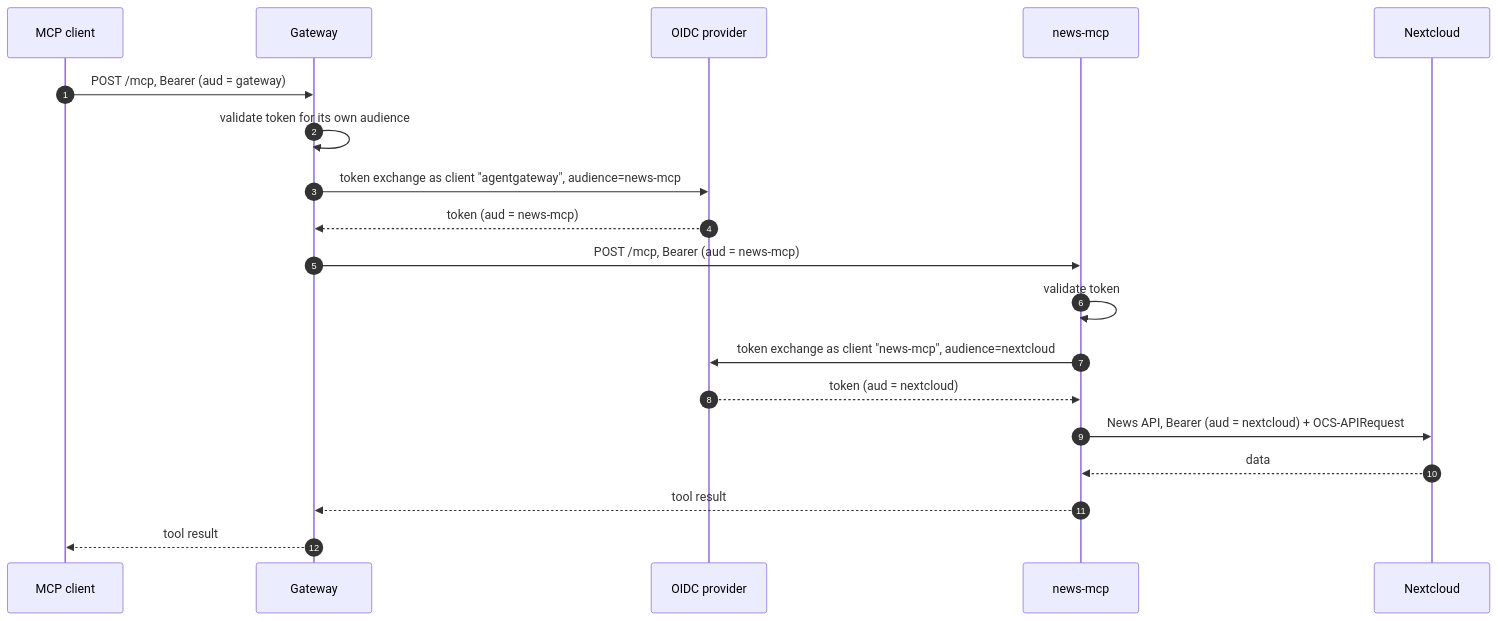
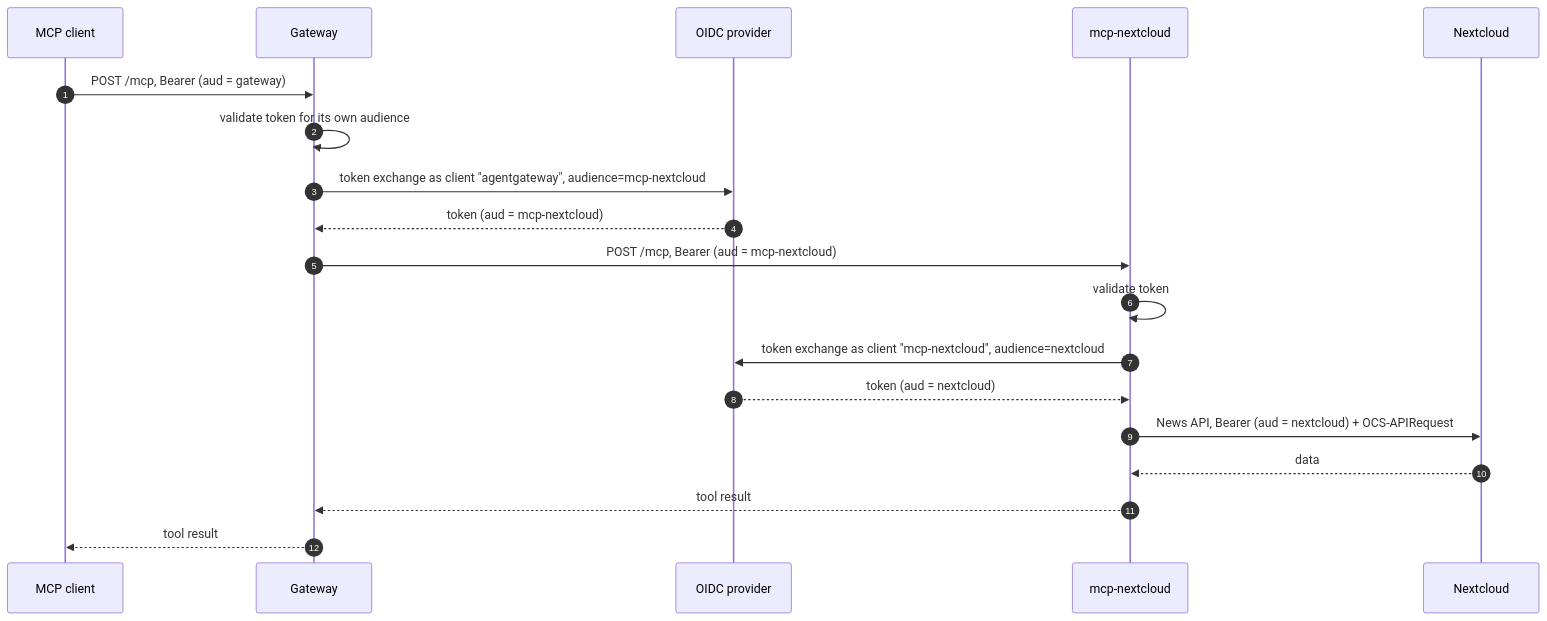
The second of 3 diagrams in docs/oidc.md (mrdev023/mcp-nextcloud), drawn with Mermaid before and after one commit. The commit also changed other lines of this file and 7 other files, not shown here.

First line of the commit message:
docs: Rename the project to mcp-nextcloud

````diff
--- a/docs/oidc.md
+++ b/docs/oidc.md
@@ -90,22 +90,22 @@
 ```mermaid
 sequenceDiagram
     autonumber
     participant C as MCP client
     participant G as Gateway
     participant P as OIDC provider
-    participant M as news-mcp
+    participant M as mcp-nextcloud
     participant N as Nextcloud
 
     C->>G: POST /mcp, Bearer (aud = gateway)
     G->>G: validate token for its own audience
-    G->>P: token exchange as client "agentgateway", audience=news-mcp
-    P-->>G: token (aud = news-mcp)
-    G->>M: POST /mcp, Bearer (aud = news-mcp)
+    G->>P: token exchange as client "agentgateway", audience=mcp-nextcloud
+    P-->>G: token (aud = mcp-nextcloud)
+    G->>M: POST /mcp, Bearer (aud = mcp-nextcloud)
     M->>M: validate token
-    M->>P: token exchange as client "news-mcp", audience=nextcloud
+    M->>P: token exchange as client "mcp-nextcloud", audience=nextcloud
     P-->>M: token (aud = nextcloud)
     M->>N: News API, Bearer (aud = nextcloud) + OCS-APIRequest
     N-->>M: data
     M-->>G: tool result
     G-->>C: tool result
 ```
````
